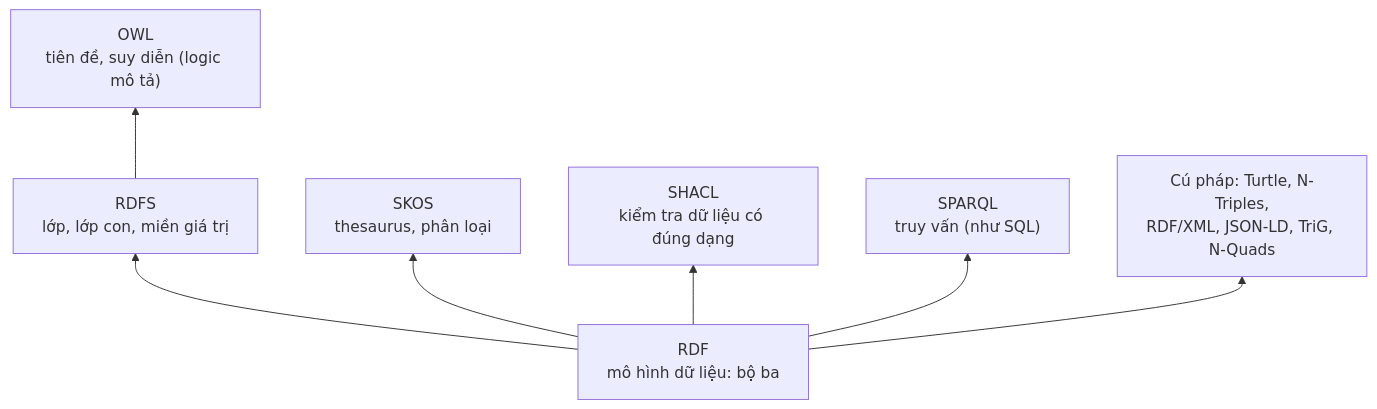
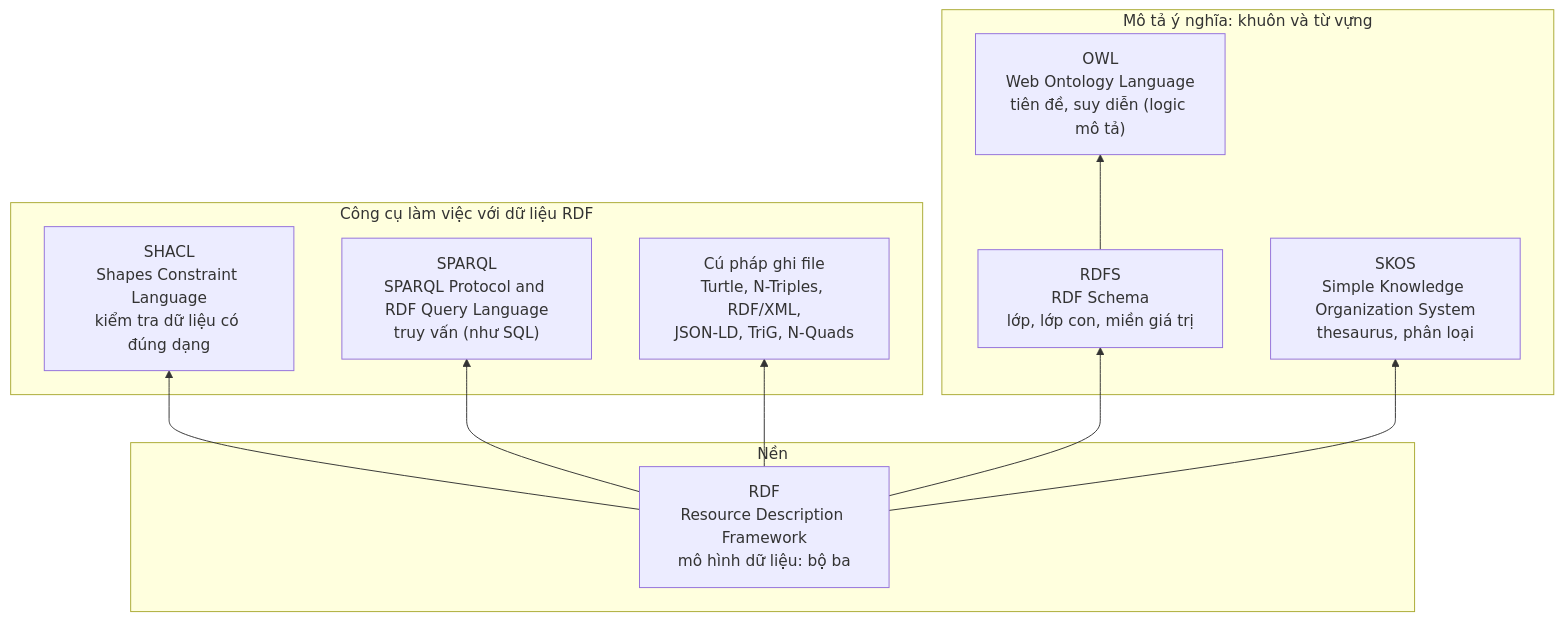
The fifth of 5 diagrams in docs/research/knowledge_representation_and_integration/01_Knowledge_Representation_Spectrum.md (khoatran18/time-aware-agentic-memory), drawn with Mermaid before and after one commit. The commit also changed other lines of this file and 11 other files, not shown here.

Commit message:
docs: add ontology, MCP tool design and code layout decisions for knowledge representation

````diff
--- a/docs/research/knowledge_representation_and_integration/01_Knowledge_Representation_Spectrum.md
+++ b/docs/research/knowledge_representation_and_integration/01_Knowledge_Representation_Spectrum.md
@@ -270,9 +457,21 @@
 ```mermaid
 flowchart BT
-    RDF["RDF<br/>mô hình dữ liệu: bộ ba"] --> RDFS["RDFS<br/>lớp, lớp con, miền giá trị"]
-    RDFS --> OWL["OWL<br/>tiên đề, suy diễn (logic mô tả)"]
-    RDF --> SKOS["SKOS<br/>thesaurus, phân loại"]
-    RDF --> SHACL["SHACL<br/>kiểm tra dữ liệu có đúng dạng"]
-    RDF --> SPARQL["SPARQL<br/>truy vấn (như SQL)"]
-    RDF --> SER["Cú pháp: Turtle, N-Triples,<br/>RDF/XML, JSON-LD, TriG, N-Quads"]
+    subgraph N["Nền"]
+        RDF["RDF<br/>Resource Description Framework<br/>mô hình dữ liệu: bộ ba"]
+    end
+    subgraph T["Mô tả ý nghĩa: khuôn và từ vựng"]
+        RDFS["RDFS<br/>RDF Schema<br/>lớp, lớp con, miền giá trị"]
+        OWL["OWL<br/>Web Ontology Language<br/>tiên đề, suy diễn (logic mô tả)"]
+        SKOS["SKOS<br/>Simple Knowledge Organization System<br/>thesaurus, phân loại"]
+    end
+    subgraph C["Công cụ làm việc với dữ liệu RDF"]
+        SHACL["SHACL<br/>Shapes Constraint Language<br/>kiểm tra dữ liệu có đúng dạng"]
+        SPARQL["SPARQL<br/>SPARQL Protocol and RDF Query Language<br/>truy vấn (như SQL)"]
+        SER["Cú pháp ghi file<br/>Turtle, N-Triples, RDF/XML,<br/>JSON-LD, TriG, N-Quads"]
+    end
+    RDF --> RDFS --> OWL
+    RDF --> SKOS
+    RDF --> SHACL
+    RDF --> SPARQL
+    RDF --> SER
 ```
````
